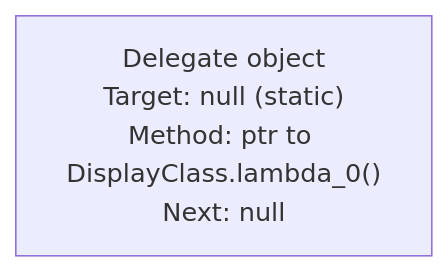
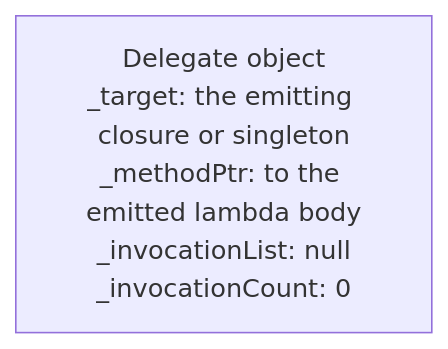
One commit to ahmed-developer7/notebook changed the first of 2 diagrams in mastery-guide/01-foundations/05-csharp-mastery/05-delegates-events-lambdas.md. Above: the diagram before and after it, drawn with Mermaid. The commit also changed other lines of this file and 35 other files, not shown here.

````diff
--- a/mastery-guide/01-foundations/05-csharp-mastery/05-delegates-events-lambdas.md
+++ b/mastery-guide/01-foundations/05-csharp-mastery/05-delegates-events-lambdas.md
@@ -1060,4 +1450,4 @@
 ```mermaid
 graph LR
-    D["Delegate object<br/>Target: null (static)<br/>Method: ptr to DisplayClass.lambda_0()<br/>Next: null"]
+    D["Delegate object<br/>_target: the emitting closure or singleton<br/>_methodPtr: to the emitted lambda body<br/>_invocationList: null<br/>_invocationCount: 0"]
 ```
````
